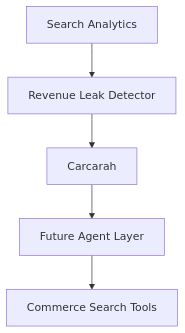
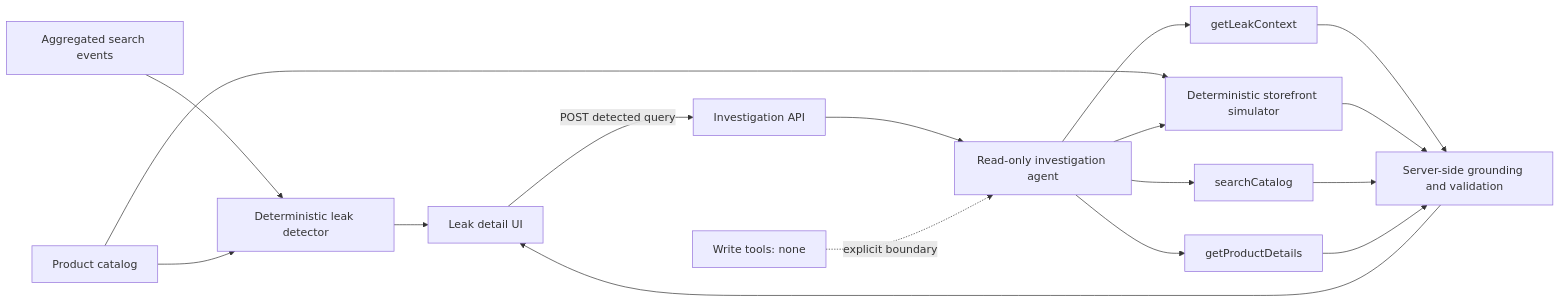
One commit to guicaettano/carcarah changed the diagram in README.md. Above: the diagram before and after it, drawn with Mermaid. The commit also changed other lines of this file and 24 other files, not shown here.

Commit message:
Add grounded revenue leak investigations

````diff
--- a/README.md
+++ b/README.md
@@ -27,7 +27,19 @@
 ```mermaid
-flowchart TD
-    A[Search Analytics] --> B[Revenue Leak Detector]
-    B --> C[Carcarah]
-    C --> D[Future Agent Layer]
-    D --> E[Commerce Search Tools]
+flowchart LR
+    A[Aggregated search events] --> B[Deterministic leak detector]
+    P[Product catalog] --> B
+    P --> S[Deterministic storefront simulator]
+    B --> D[Leak detail UI]
+    D -->|POST detected query| API[Investigation API]
+    API --> G[Read-only investigation agent]
+    G --> L[getLeakContext]
+    G --> S
+    G --> C[searchCatalog]
+    G --> R[getProductDetails]
+    L --> V[Server-side grounding and validation]
+    S --> V
+    C --> V
+    R --> V
+    V --> D
+    W[Write tools: none] -. explicit boundary .-> G
 ```
````
